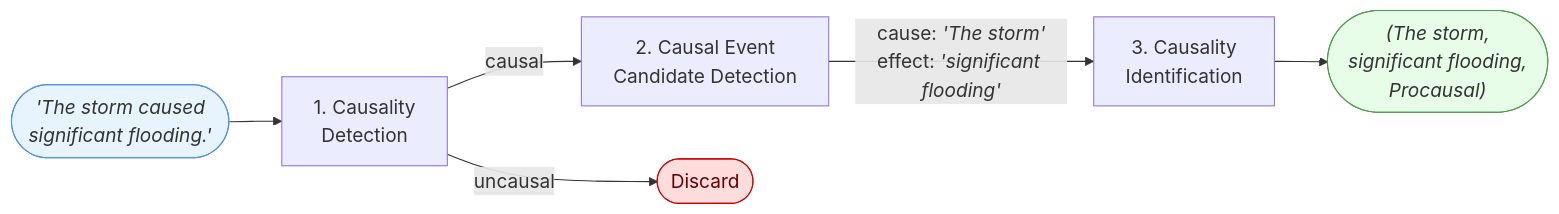
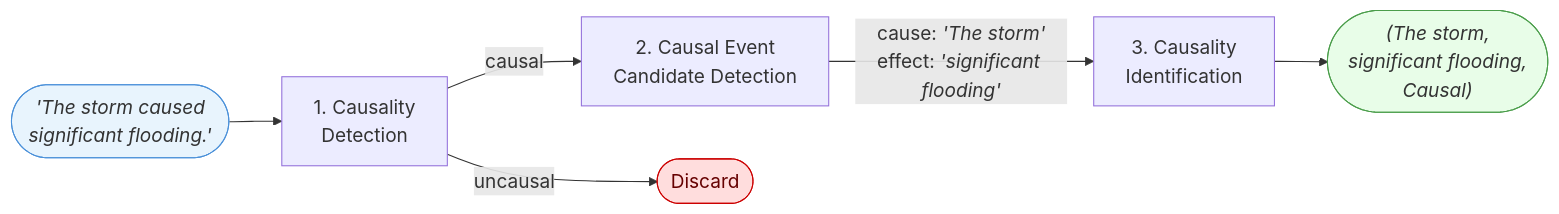
The diagram in docs/tasks/causality_extraction.md (webis-de/causalatee), drawn with Mermaid before and after one commit. The commit also changed other lines of this file and 30 other files, not shown here.

Commit message:
added Causal Graph API and removed references to old procausal,concausal terminology+

````diff
--- a/docs/tasks/causality_extraction.md
+++ b/docs/tasks/causality_extraction.md
@@ -7,25 +7,25 @@
 ```mermaid
 %%{init: {"flowchart": {"htmlLabels": true}, "themeVariables": {"fontSize": "18px", "fontFamily": "sans-serif"}}}%%
 flowchart LR
     A(["`*'The storm caused
     significant flooding.'*`"])
     --> B["1. Causality\nDetection"]
     -- causal -->
     C["2. Causal Event\nCandidate Detection"]
     -- "`cause: *'The storm'*
     effect: *'significant flooding'*`" -->
     D["3. Causality\nIdentification"]
     --> E(["`*(The storm,
     significant flooding,
-    Procausal)*`"])
+    Causal)*`"])
 
     B -- uncausal --> Z([Discard])
 
     click B href "../causality_detection/" "Causality Detection"
     click C href "../causal_event_candidate_detection/" "Causal Event Candidate Detection"
     click D href "../causality_identification/" "Causality Identification"
 
     style Z fill:#fdd,stroke:#c00,color:#600
     style A fill:#e8f4fd,stroke:#4a90d9
     style E fill:#e8fde8,stroke:#4a9d4a
 ```
````
